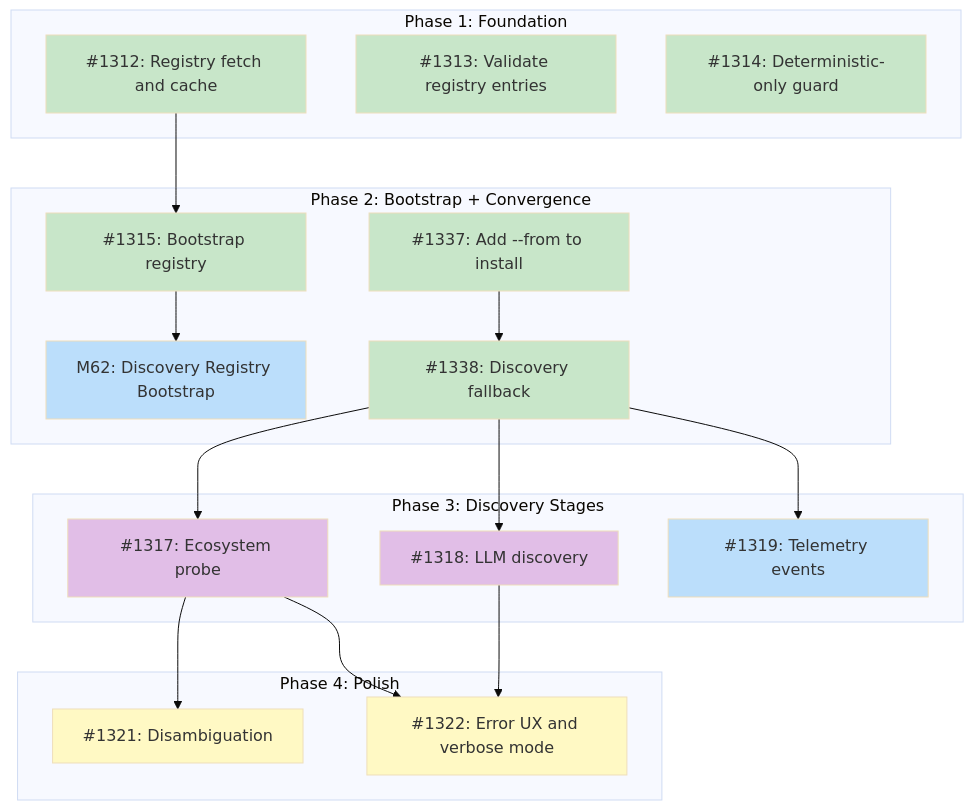
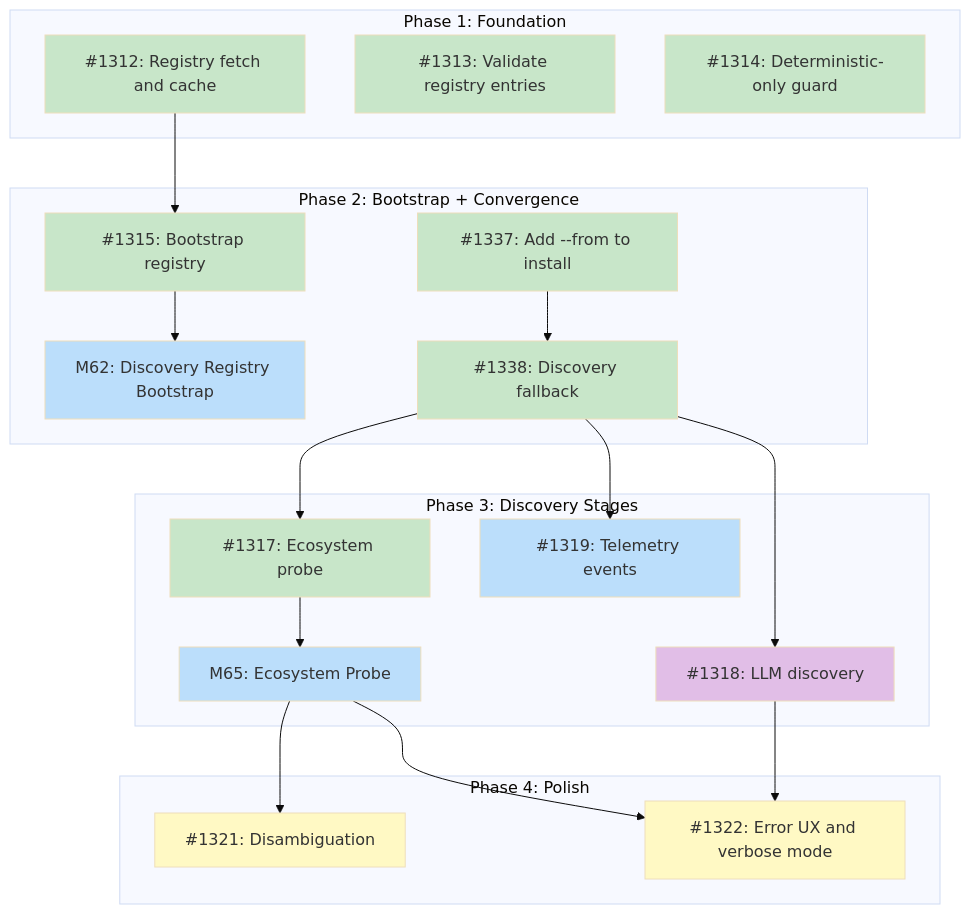
Before and after one commit to tsukumogami/tsuku: the diagram in docs/designs/DESIGN-discovery-resolver.md, drawn with Mermaid (base theme). The commit also changed other lines of this file and 1 other file, not shown here.

Commit message:
docs: add design for ecosystem probe (#1380)
Design document for the ecosystem probe, stage 2 of the discovery
resolver chain. The probe queries package registry APIs (npm, PyPI,
crates.io, RubyGems, Go proxy, CPAN, Homebrew Cask) in parallel with a
shared 3-second timeout to find tools that aren't in the curated
registry.

Key design decisions: registry APIs don't expose download counts, so
popularity-based filtering from the parent design is replaced with
static ecosystem priority ranking for disambiguation. Single matches are
auto-selected; multiple matches are ranked by ecosystem reliability.

````diff
--- a/docs/designs/DESIGN-discovery-resolver.md
+++ b/docs/designs/DESIGN-discovery-resolver.md
@@ -62,49 +64,53 @@
 ```mermaid
 graph TD
     subgraph Phase1["Phase 1: Foundation"]
         I1312["#1312: Registry fetch and cache"]
         I1313["#1313: Validate registry entries"]
         I1314["#1314: Deterministic-only guard"]
     end
 
     subgraph Phase2["Phase 2: Bootstrap + Convergence"]
         M62["M62: Discovery Registry Bootstrap"]
         I1315["#1315: Bootstrap registry"]
         I1337["#1337: Add --from to install"]
         I1338["#1338: Discovery fallback"]
     end
 
     subgraph Phase3["Phase 3: Discovery Stages"]
         I1317["#1317: Ecosystem probe"]
+        M65["M65: Ecosystem Probe"]
         I1318["#1318: LLM discovery"]
         I1319["#1319: Telemetry events"]
     end
 
     subgraph Phase4["Phase 4: Polish"]
         I1321["#1321: Disambiguation"]
         I1322["#1322: Error UX and verbose mode"]
     end
 
     I1312 --> I1315
     I1315 --> M62
     I1337 --> I1338
     I1338 --> I1317
+    I1317 --> M65
     I1338 --> I1318
     I1338 --> I1319
-    I1317 --> I1321
-    I1317 --> I1322
+    M65 --> I1321
+    M65 --> I1322
     I1318 --> I1322
 
     classDef done fill:#c8e6c9
     classDef ready fill:#bbdefb
     classDef blocked fill:#fff9c4
     classDef needsDesign fill:#e1bee7
 
     class I1312,I1313,I1314 done
     class I1337,I1338 done
     class I1319 ready
-    class I1317,I1318 needsDesign
-    class M62 ready
+    class I1317 done
+    class I1318 needsDesign
+    class M65,M62 ready
     class I1315 done
-    class I1321,I1322 blocked
+    class I1321 blocked
+    class I1322 blocked
 ```
````
